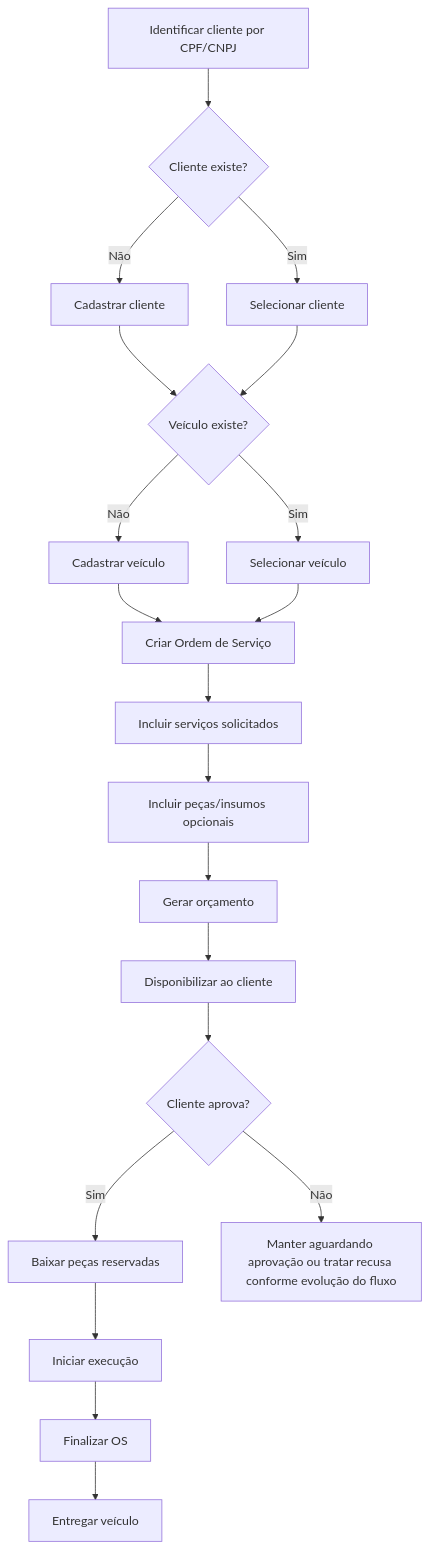
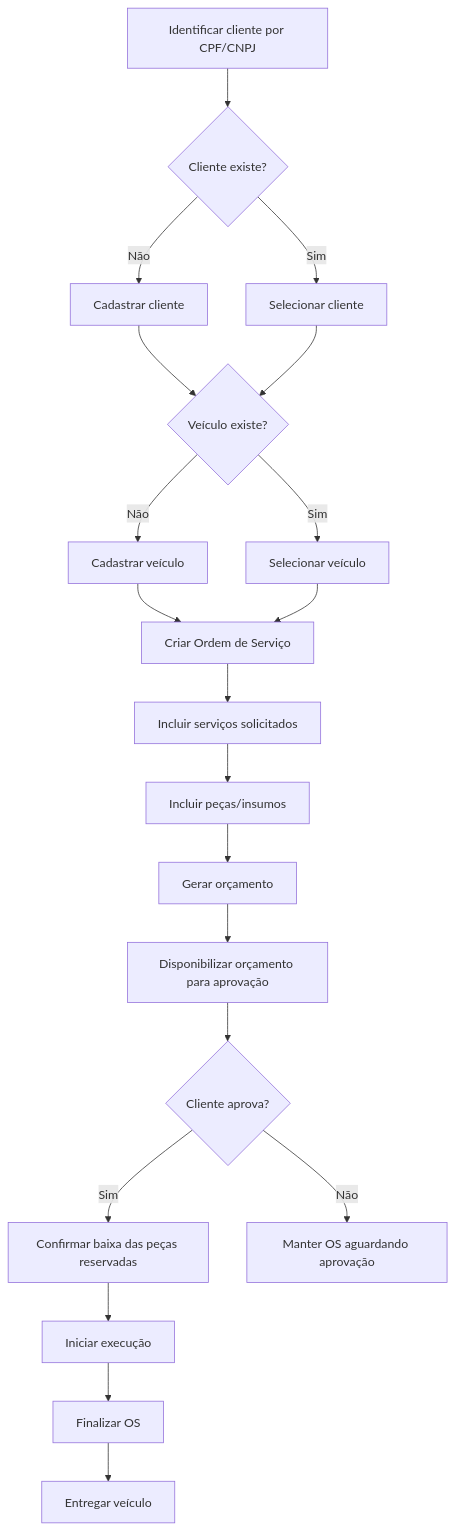
Before and after one commit to yxsbx/SOAT-FIAP: the second of 5 diagrams in docs/DDD_DOCUMENTATION.md, drawn with Mermaid. The commit also changed other lines of this file and 11 other files, not shown here.

````diff
--- a/docs/DDD_DOCUMENTATION.md
+++ b/docs/DDD_DOCUMENTATION.md
@@ -439,22 +467,22 @@
 ```mermaid
 flowchart TD
     A["Identificar cliente por CPF/CNPJ"] --> B{Cliente existe?}
     B -- "Não" --> C["Cadastrar cliente"]
     B -- "Sim" --> D["Selecionar cliente"]
     C --> E{Veículo existe?}
     D --> E
     E -- "Não" --> F["Cadastrar veículo"]
     E -- "Sim" --> G["Selecionar veículo"]
     F --> H["Criar Ordem de Serviço"]
     G --> H
     H --> I["Incluir serviços solicitados"]
-    I --> J["Incluir peças/insumos opcionais"]
+    I --> J["Incluir peças/insumos"]
     J --> K["Gerar orçamento"]
-    K --> L["Disponibilizar ao cliente"]
+    K --> L["Disponibilizar orçamento para aprovação"]
     L --> M{Cliente aprova?}
-    M -- "Sim" --> N["Baixar peças reservadas"]
+    M -- "Sim" --> N["Confirmar baixa das peças reservadas"]
     N --> O["Iniciar execução"]
     O --> P["Finalizar OS"]
     P --> Q["Entregar veículo"]
-    M -- "Não" --> R["Manter aguardando aprovação ou tratar recusa conforme evolução do fluxo"]
+    M -- "Não" --> R["Manter OS aguardando aprovação"]
 ```
````
